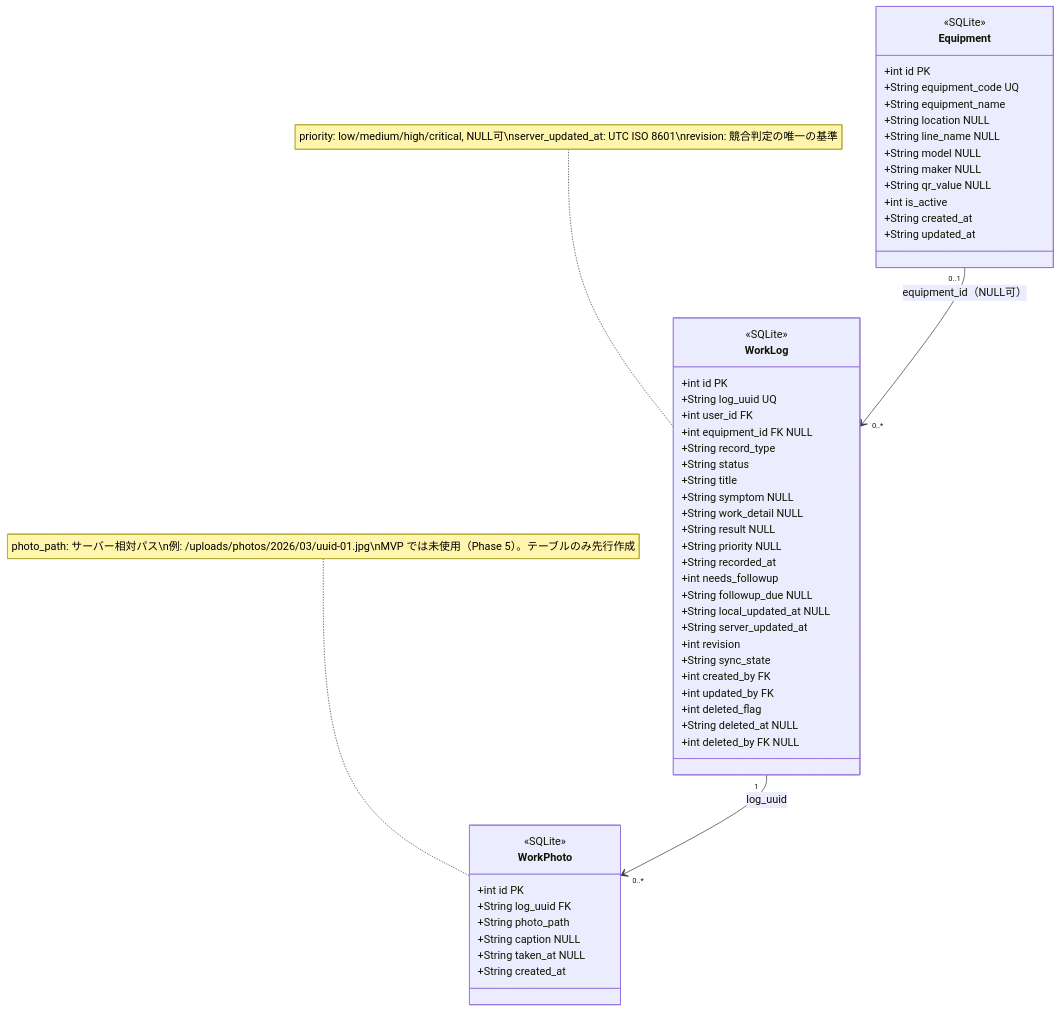
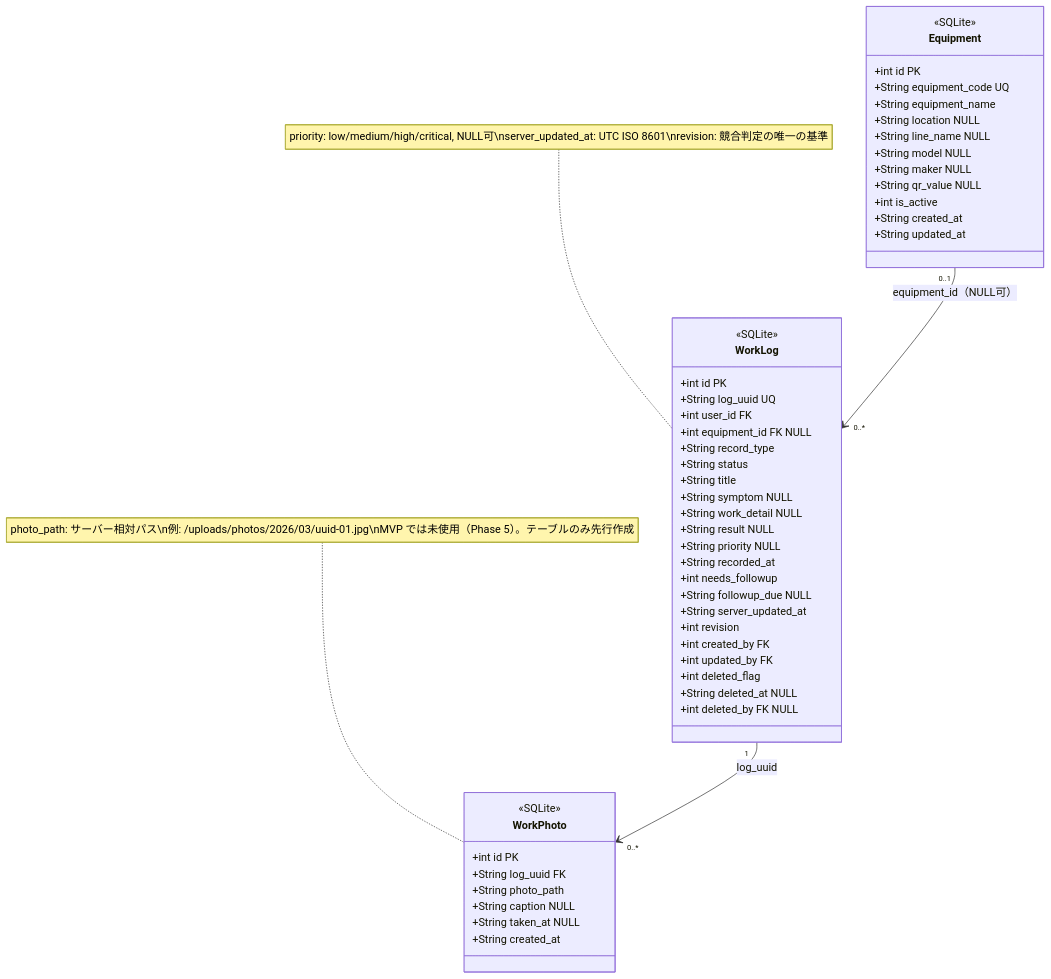
The third of 12 diagrams in CLASS.md (garyohosu/worklog-pwa), drawn with Mermaid before and after one commit. The commit also changed other lines of this file and 2 other files, not shown here.

Commit message:
docs: split worklog dto and local sync state

````diff
--- a/CLASS.md
+++ b/CLASS.md
@@ -130,61 +130,59 @@
 ```mermaid
 classDiagram
   class Equipment {
     <<SQLite>>
     +int id PK
     +String equipment_code UQ
     +String equipment_name
     +String location NULL
     +String line_name NULL
     +String model NULL
     +String maker NULL
     +String qr_value NULL
     +int is_active
     +String created_at
     +String updated_at
   }
 
   class WorkLog {
     <<SQLite>>
     +int id PK
     +String log_uuid UQ
     +int user_id FK
     +int equipment_id FK NULL
     +String record_type
     +String status
     +String title
     +String symptom NULL
     +String work_detail NULL
     +String result NULL
     +String priority NULL
     +String recorded_at
     +int needs_followup
     +String followup_due NULL
-    +String local_updated_at NULL
     +String server_updated_at
     +int revision
-    +String sync_state
     +int created_by FK
     +int updated_by FK
     +int deleted_flag
     +String deleted_at NULL
     +int deleted_by FK NULL
   }
 
   note for WorkLog "priority: low/medium/high/critical, NULL可\nserver_updated_at: UTC ISO 8601\nrevision: 競合判定の唯一の基準"
 
   class WorkPhoto {
     <<SQLite>>
     +int id PK
     +String log_uuid FK
     +String photo_path
     +String caption NULL
     +String taken_at NULL
     +String created_at
   }
 
   note for WorkPhoto "photo_path: サーバー相対パス\n例: /uploads/photos/2026/03/uuid-01.jpg\nMVP では未使用（Phase 5）。テーブルのみ先行作成"
 
   Equipment "0..1" --> "0..*" WorkLog : equipment_id（NULL可）
   WorkLog "1" --> "0..*" WorkPhoto : log_uuid
 ```
````
